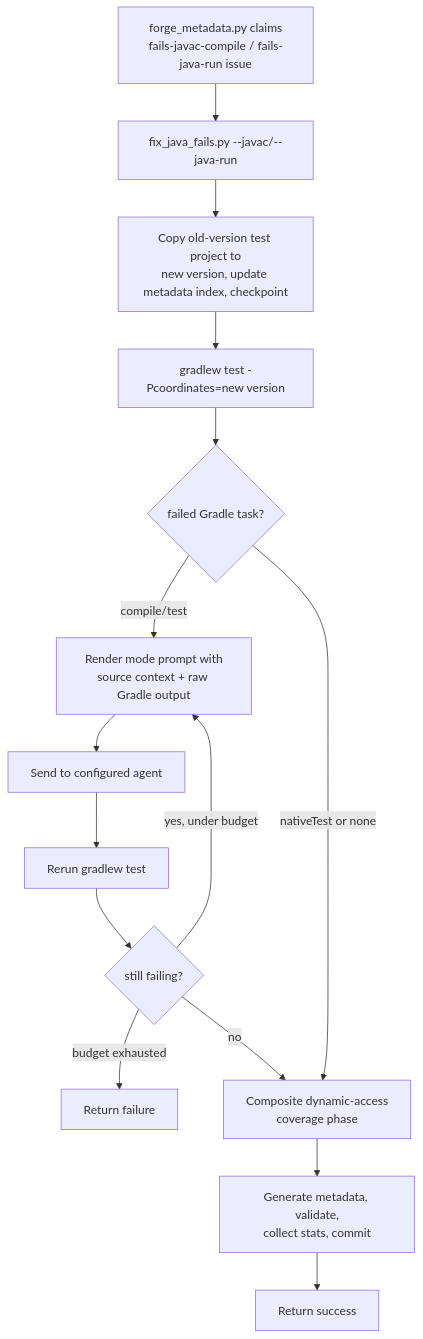
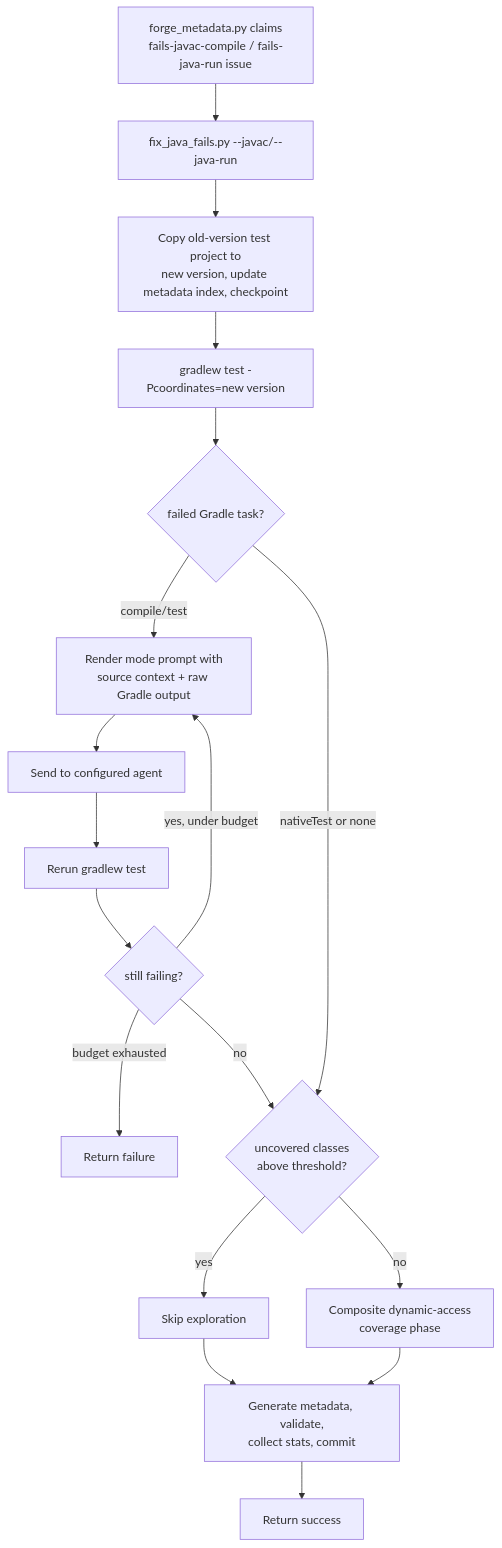
One commit to oracle/graalvm-reachability-metadata changed the diagram in forge/docs/workflows/java-fail-fix.md. Above: the diagram before and after it, drawn with Mermaid. The commit also changed other lines of this file and 23 other files, not shown here.

Commit message:
Defer oversized Java-fix coverage (#9116)

````diff
--- a/forge/docs/workflows/java-fail-fix.md
+++ b/forge/docs/workflows/java-fail-fix.md
@@ -86,17 +89,20 @@
 ```mermaid
 flowchart TD
     Claim[forge_metadata.py claims<br/>fails-javac-compile / fails-java-run issue] --> Driver[fix_java_fails.py --javac/--java-run]
     Driver --> Prep[Copy old-version test project to<br/>new version, update metadata index, checkpoint]
     Prep --> Test[gradlew test -Pcoordinates=new version]
     Test --> Failed{failed Gradle task?}
     Failed -- compile/test --> Prompt[Render mode prompt with<br/>source context + raw Gradle output]
     Prompt --> Agent[Send to configured agent]
     Agent --> Retest[Rerun gradlew test]
     Retest --> Failed2{still failing?}
     Failed2 -- yes, under budget --> Prompt
     Failed2 -- budget exhausted --> Fail[Return failure]
-    Failed2 -- no --> Coverage
-    Failed -- nativeTest or none --> Coverage[Composite dynamic-access<br/>coverage phase]
+    Failed2 -- no --> CoverageSize{uncovered classes<br/>above threshold?}
+    Failed -- nativeTest or none --> CoverageSize
+    CoverageSize -- yes --> Defer[Skip exploration]
+    CoverageSize -- no --> Coverage[Composite dynamic-access<br/>coverage phase]
+    Defer --> Finalize
     Coverage --> Finalize[Generate metadata, validate,<br/>collect stats, commit]
     Finalize --> Success[Return success]
 ```
````
